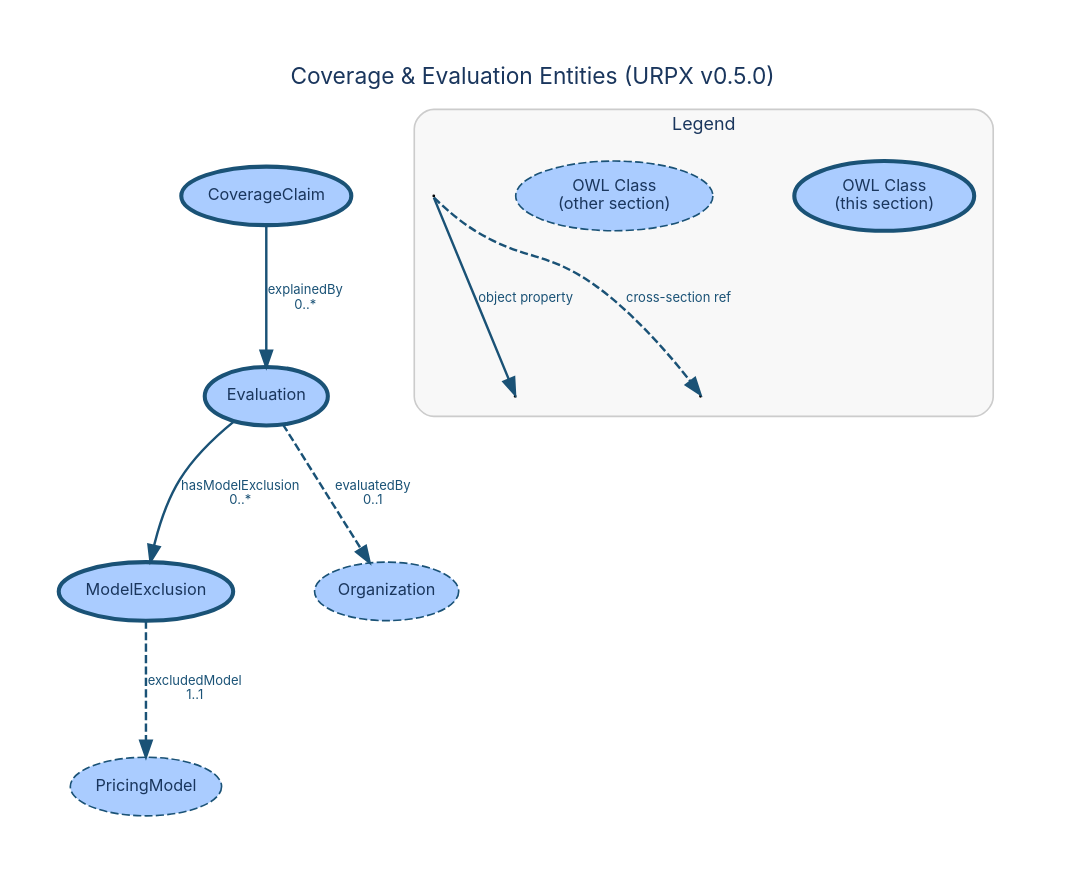
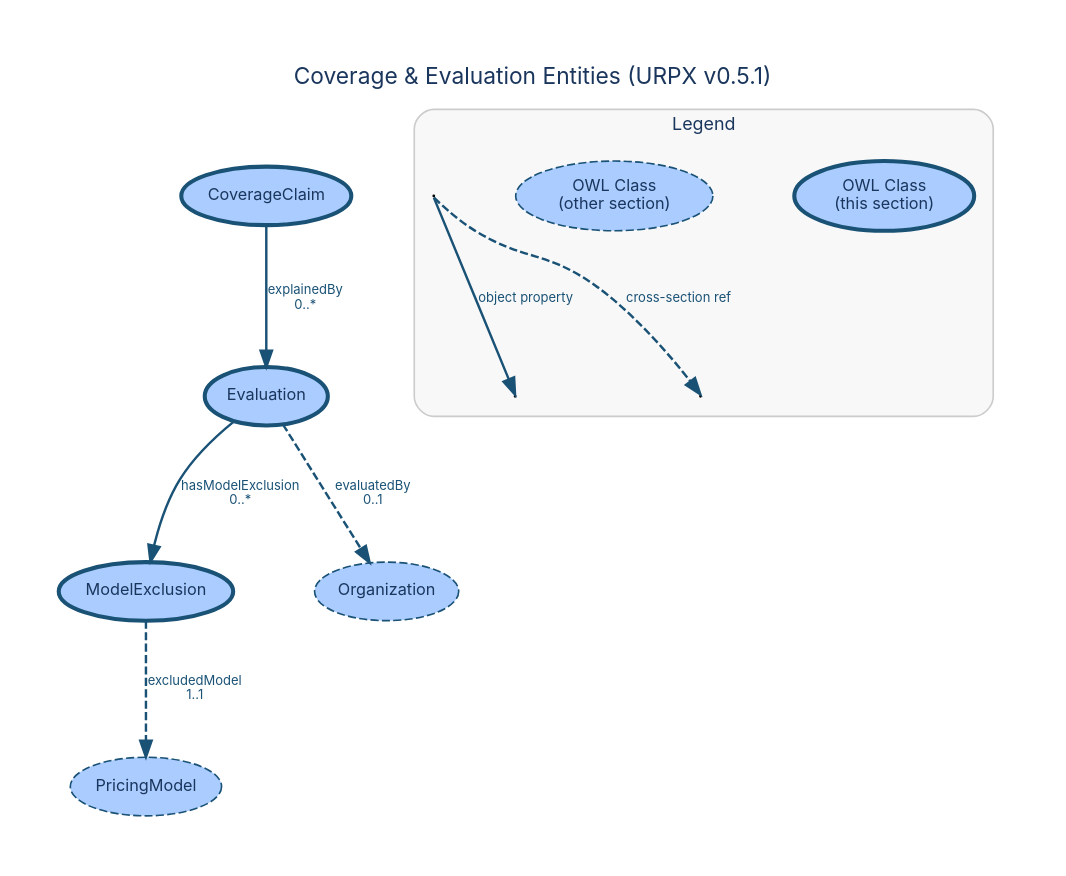
One commit to urpx-org/urpx changed the diagram in documentation/diagrams/dictionary/coverage-evaluation-entities.dot. Above: the diagram before and after it, drawn with Graphviz. The commit also changed 61 other files, not shown here.

```diff
--- a/documentation/diagrams/dictionary/coverage-evaluation-entities.dot
+++ b/documentation/diagrams/dictionary/coverage-evaluation-entities.dot
@@ -1,73 +1,73 @@
 digraph "Coverage & Evaluation Entities" {
     rankdir=TB;
     bgcolor="white";
     pad=0.4;
     nodesep=0.7;
     ranksep=0.9;
     fontname="Inter, Helvetica, Arial, sans-serif";
-    label="Coverage & Evaluation Entities (URPX v0.5.0)";
+    label="Coverage & Evaluation Entities (URPX v0.5.1)";
     labelloc="t";
     fontsize=14;
     fontcolor="#1a365d";
     node [fontname="Inter, Helvetica, Arial, sans-serif", fontsize=10, style=filled, fontcolor="#1a365d"];
     edge [fontname="Inter, Helvetica, Arial, sans-serif", fontsize=8, fontcolor="#1a365d"];
 
     // Section classes
     CoverageClaim [
         label="CoverageClaim"
         shape=ellipse, fillcolor="#aaccff", color="#1a5276", penwidth=2.5
     ];
     Evaluation [
         label="Evaluation"
         shape=ellipse, fillcolor="#aaccff", color="#1a5276", penwidth=2.5
     ];
     ModelExclusion [
         label="ModelExclusion"
         shape=ellipse, fillcolor="#aaccff", color="#1a5276", penwidth=2.5
     ];
 
     // Cross-section references
     Organization [
         label="Organization"
         shape=ellipse, fillcolor="#aaccff", color="#1a5276", penwidth=1, style="filled,dashed"
     ];
     PricingModel [
         label="PricingModel"
         shape=ellipse, fillcolor="#aaccff", color="#1a5276", penwidth=1, style="filled,dashed"
     ];
 
     // Object property edges
     CoverageClaim -> Evaluation [
         label="explainedBy\n0..*", color="#1a5276", fontcolor="#1a5276", penwidth=1.5
     ];
     Evaluation -> Organization [
         label="evaluatedBy\n0..1", style=dashed, color="#1a5276", fontcolor="#1a5276", penwidth=1.5
     ];
     Evaluation -> ModelExclusion [
         label="hasModelExclusion\n0..*", color="#1a5276", fontcolor="#1a5276", penwidth=1.5
     ];
     ModelExclusion -> PricingModel [
         label="excludedModel\n1..1", style=dashed, color="#1a5276", fontcolor="#1a5276", penwidth=1.5
     ];
 
     // Auto-computed rank hints
 
     subgraph cluster_legend {
         label="Legend";
         fontname="Inter, Helvetica, Arial, sans-serif";
         fontsize=11;
         fontcolor="#1a365d";
         style=rounded;
         color="#cccccc";
         bgcolor="#f8f8f8";
         margin=12;
 
         leg_class [label="OWL Class\n(this section)", shape=ellipse, fillcolor="#aaccff", color="#1a5276", penwidth=2.5];
         leg_xref [label="OWL Class\n(other section)", shape=ellipse, fillcolor="#aaccff", color="#1a5276", penwidth=1, style="filled,dashed"];
         leg_src [label=" ", shape=point, width=0.01];
         leg_tgt1 [label=" ", shape=point, width=0.01];
         leg_src -> leg_tgt1 [label="object property", color="#1a5276", fontcolor="#1a5276", penwidth=1.5];
         leg_tgt2 [label=" ", shape=point, width=0.01];
         leg_src -> leg_tgt2 [label="cross-section ref", style=dashed, color="#1a5276", fontcolor="#1a5276", penwidth=1.5];
     }
 }
```
